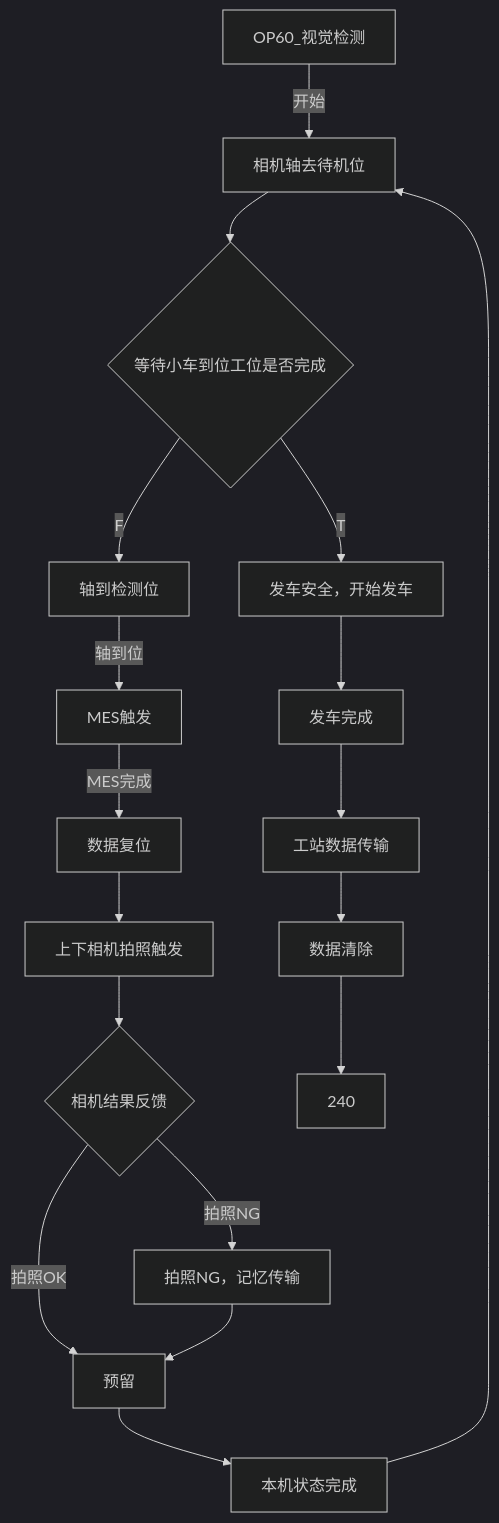
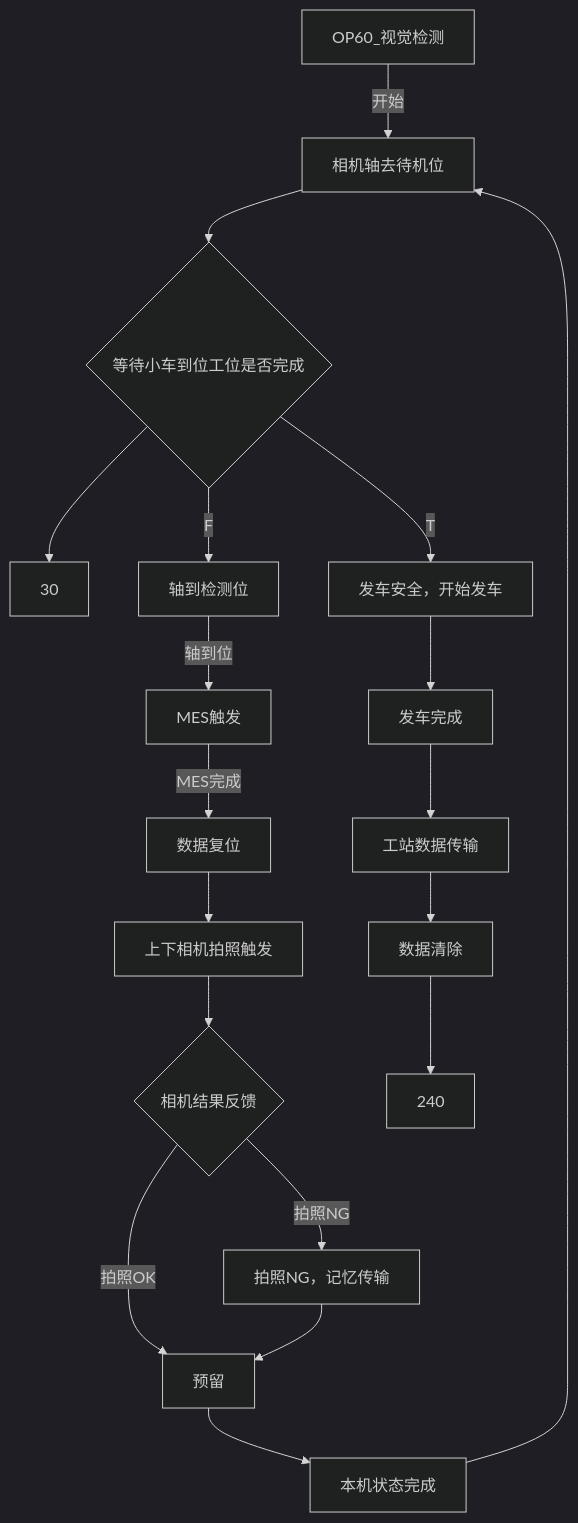
Before and after one commit to zmq000/iodraw-files: the diagram in all/工位2.md, drawn with Mermaid (dark theme).

Commit message:
2026-06-17 15:17:19 update

````diff
--- a/all/工位2.md
+++ b/all/工位2.md
@@ -1,21 +1,22 @@
 ```mermaid
 graph TD
    0[OP60_视觉检测]-->|开始|10
    10[相机轴去待机位]-->20
-   20[旋转轴回待机位]
+   20[旋转轴回待机位]-->30
+   
    20{等待小车到位工位是否完成}-->|F|100
    20-->|T|200
    100[轴到检测位]-->|轴到位|105
    105[MES触发]-->|MES完成|110
    110[数据复位]-->120
    120[上下相机拍照触发]-->130
    130{相机结果反馈}-->|拍照NG|140
    130-->|拍照OK|150
    140[拍照NG，记忆传输]-->150
    150[预留]-->160
    160[本机状态完成]-->10
    200[发车安全，开始发车]-->210
    210[发车完成]-->220
    220[工站数据传输]-->230
    230[数据清除]-->240
 ```
````
